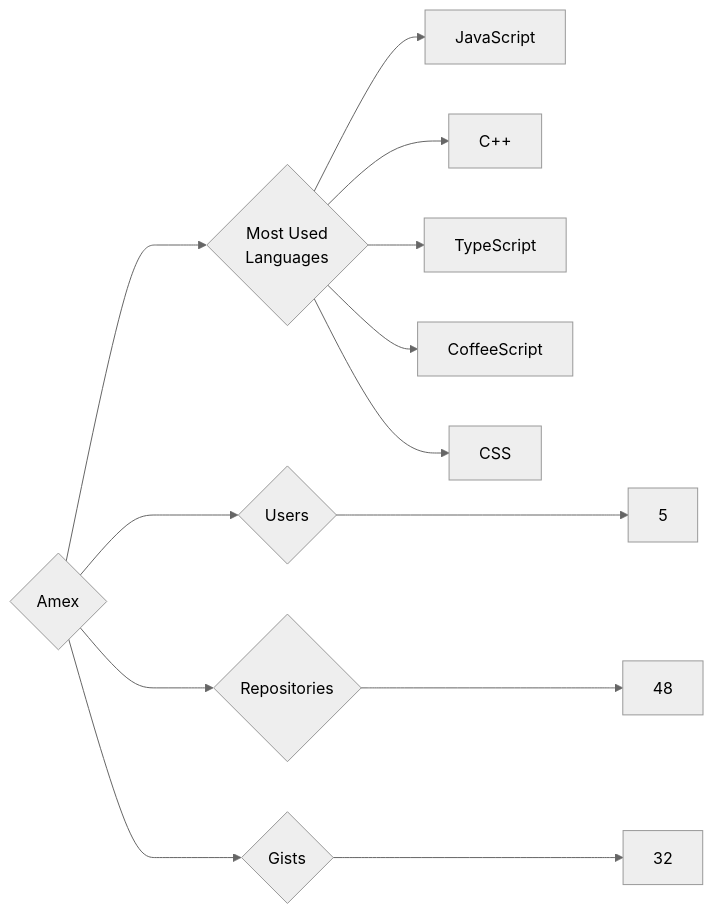
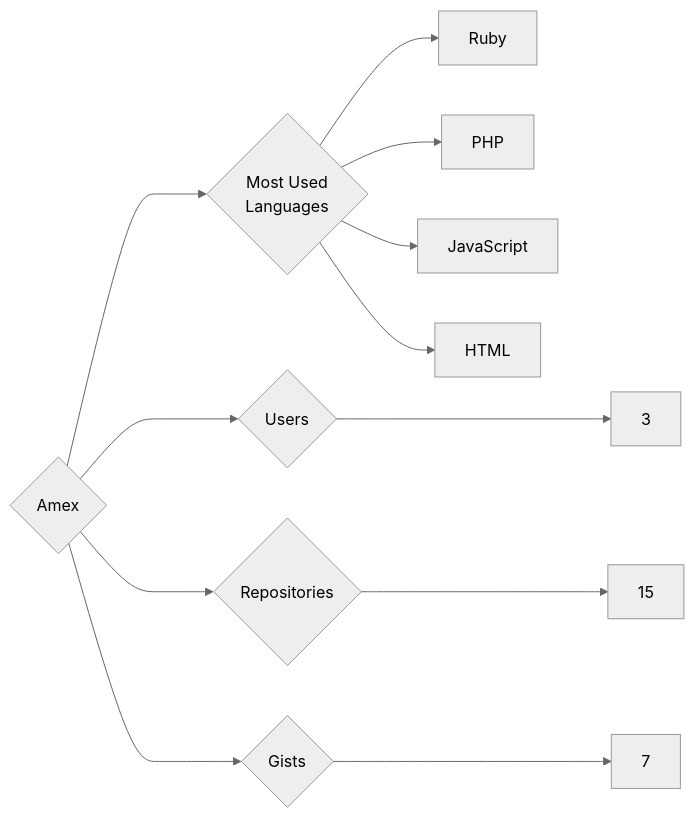
One commit to trickest/insiders changed the diagram in targets/Amex/README.md. Above: the diagram before and after it, drawn with Mermaid (neutral theme). The commit also changed 882 other files, not shown here.

````diff
--- a/targets/Amex/README.md
+++ b/targets/Amex/README.md
@@ -3,13 +3,12 @@
 ```mermaid
 graph LR
 COMPANY_NAME{Amex}
-COMPANY_NAME ---> U{Users} ---> UN[5]
-COMPANY_NAME ---> R{Repositories} ---> RN[48]
-COMPANY_NAME ---> G{Gists} ---> GN[32]
+COMPANY_NAME ---> U{Users} ---> UN[3]
+COMPANY_NAME ---> R{Repositories} ---> RN[15]
+COMPANY_NAME ---> G{Gists} ---> GN[7]
 COMPANY_NAME ---> ML{Most Used<br>Languages}
+ML --> Ruby[Ruby]
+ML --> PHP[PHP]
 ML --> JavaScript[JavaScript]
-ML --> C++[C++]
-ML --> TypeScript[TypeScript]
-ML --> CoffeeScript[CoffeeScript]
-ML --> CSS[CSS]
+ML --> HTML[HTML]
 ```
````
